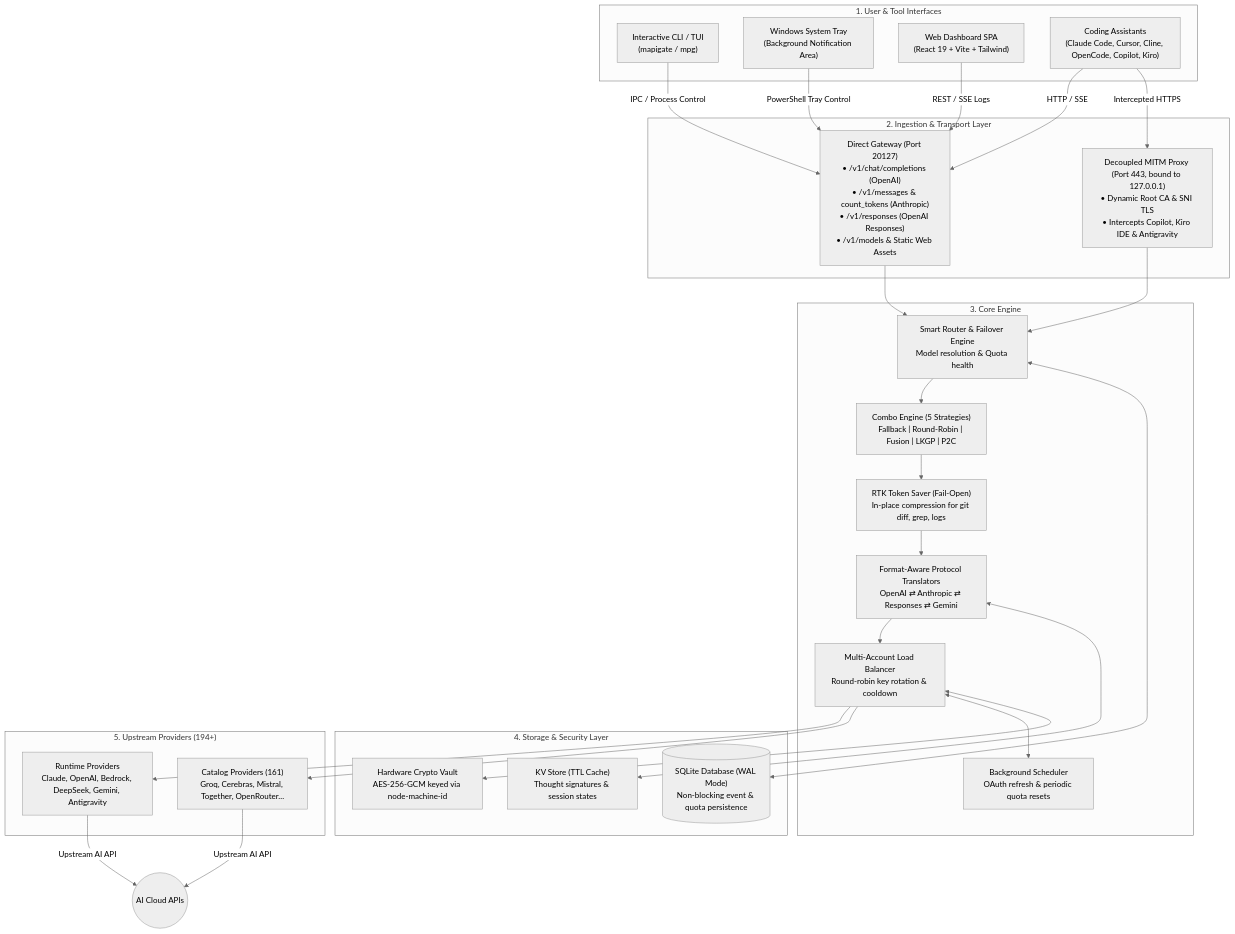
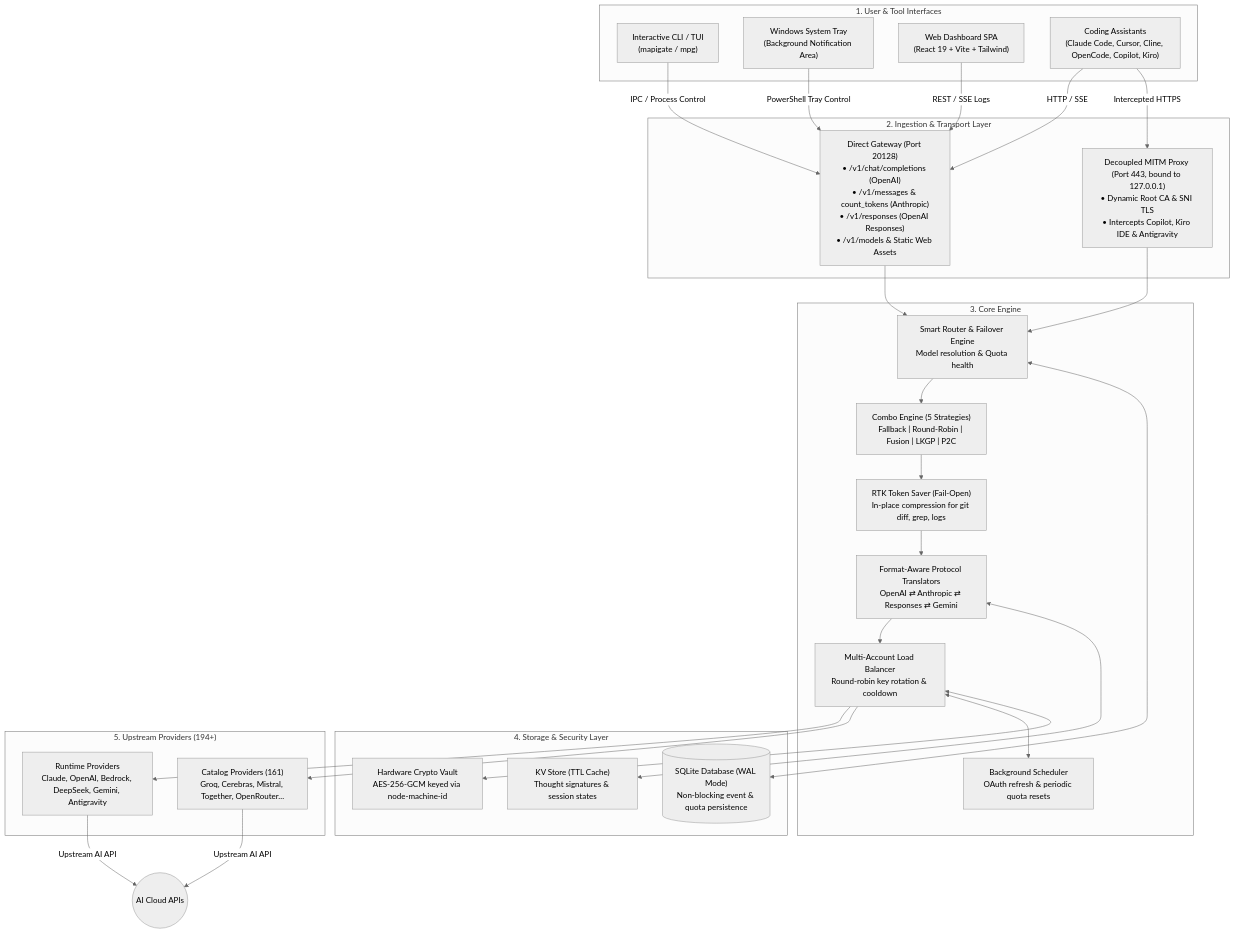
One commit to joutvhu/mapigate changed the first of 4 diagrams in docs/ARCHITECTURE.md. Above: the diagram before and after it, drawn with Mermaid (neutral theme). The commit also changed other lines of this file and 68 other files, not shown here.

First line of the commit message:
refactor(network): change default gateway port to 20128

````diff
--- a/docs/ARCHITECTURE.md
+++ b/docs/ARCHITECTURE.md
@@ -12,55 +12,55 @@
 ```mermaid
 graph TD
     subgraph UI["1. User & Tool Interfaces"]
         CLI["Interactive CLI / TUI<br/>(mapigate / mpg)"]
         TRAY["Windows System Tray<br/>(Background Notification Area)"]
         DASH["Web Dashboard SPA<br/>(React 19 + Vite + Tailwind)"]
         TOOLS["Coding Assistants<br/>(Claude Code, Cursor, Cline, OpenCode, Copilot, Kiro)"]
     end
 
     subgraph INGEST["2. Ingestion & Transport Layer"]
-        GATEWAY["Direct Gateway (Port 20127)<br/>• /v1/chat/completions (OpenAI)<br/>• /v1/messages & count_tokens (Anthropic)<br/>• /v1/responses (OpenAI Responses)<br/>• /v1/models & Static Web Assets"]
+        GATEWAY["Direct Gateway (Port 20128)<br/>• /v1/chat/completions (OpenAI)<br/>• /v1/messages & count_tokens (Anthropic)<br/>• /v1/responses (OpenAI Responses)<br/>• /v1/models & Static Web Assets"]
         MITM["Decoupled MITM Proxy (Port 443, bound to 127.0.0.1)<br/>• Dynamic Root CA & SNI TLS<br/>• Intercepts Copilot, Kiro IDE & Antigravity"]
     end
 
     subgraph ENGINE["3. Core Engine"]
         ROUTER["Smart Router & Failover Engine<br/>Model resolution & Quota health"]
         COMBO["Combo Engine (5 Strategies)<br/>Fallback | Round-Robin | Fusion | LKGP | P2C"]
         RTK["RTK Token Saver (Fail-Open)<br/>In-place compression for git diff, grep, logs"]
         ADAPTERS["Format-Aware Protocol Translators<br/>OpenAI ⇄ Anthropic ⇄ Responses ⇄ Gemini"]
         LOADBAL["Multi-Account Load Balancer<br/>Round-robin key rotation & cooldown"]
         SCHED["Background Scheduler<br/>OAuth refresh & periodic quota resets"]
     end
 
     subgraph STORAGE["4. Storage & Security Layer"]
         SQLITE[("SQLite Database (WAL Mode)<br/>Non-blocking event & quota persistence")]
         VAULT["Hardware Crypto Vault<br/>AES-256-GCM keyed via node-machine-id"]
         KV["KV Store (TTL Cache)<br/>Thought signatures & session states"]
     end
 
     subgraph UPSTREAM["5. Upstream Providers (194+)"]
         PROV_RUN["Runtime Providers<br/>Claude, OpenAI, Bedrock, DeepSeek, Gemini, Antigravity"]
         PROV_CAT["Catalog Providers (161)<br/>Groq, Cerebras, Mistral, Together, OpenRouter..."]
     end
 
     TOOLS -->|HTTP / SSE| GATEWAY
     TOOLS -->|Intercepted HTTPS| MITM
     CLI -->|IPC / Process Control| GATEWAY
     TRAY -->|PowerShell Tray Control| GATEWAY
     DASH -->|REST / SSE Logs| GATEWAY
 
     GATEWAY --> ROUTER
     MITM --> ROUTER
 
     ROUTER --> COMBO
     COMBO --> RTK
     RTK --> ADAPTERS
     ADAPTERS --> LOADBAL
     LOADBAL --> PROV_RUN & PROV_CAT
 
     LOADBAL <--> SCHED
     ROUTER <--> SQLITE
     LOADBAL <--> VAULT
     ADAPTERS <--> KV
     PROV_RUN & PROV_CAT -->|Upstream AI API| INTERNET((AI Cloud APIs))
 ```
````
